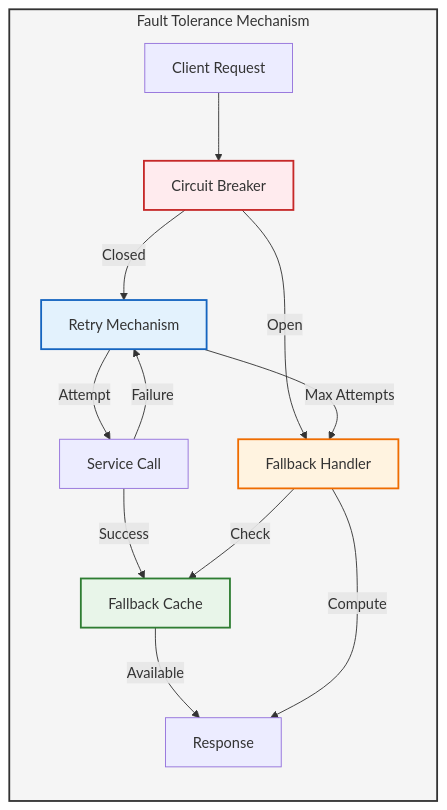
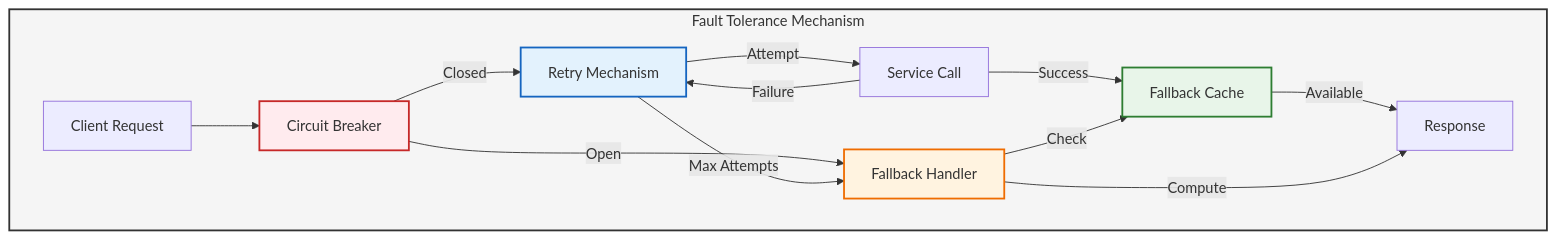
Diagram 12 of 16 in README.md (nshkrdotcom/EADS), drawn with Mermaid before and after one commit.

Commit message:
add diags to readme

````diff
--- a/README.md
+++ b/README.md
@@ -685,28 +685,28 @@
 ```mermaid
-graph LR
+graph TD
     subgraph FaultTolerance["Fault Tolerance Mechanism"]
         Request[Client Request]
         CB[Circuit Breaker]
         Retry[Retry Mechanism]
         Service[Service Call]
         Cache[Fallback Cache]
         Fallback[Fallback Handler]
         
         Request --> CB
         CB -->|Open| Fallback
         CB -->|Closed| Retry
         Retry -->|Attempt| Service
         Service -->|Success| Cache
         Service -->|Failure| Retry
         Retry -->|Max Attempts| Fallback
         Fallback -->|Check| Cache
         Cache -->|Available| Response
         Fallback -->|Compute| Response
     end
 
     style FaultTolerance fill:#f5f5f5,stroke:#333,stroke-width:2px
     style CB fill:#ffebee,stroke:#c62828,stroke-width:2px
     style Retry fill:#e3f2fd,stroke:#1565c0,stroke-width:2px
     style Cache fill:#e8f5e9,stroke:#2e7d32,stroke-width:2px
     style Fallback fill:#fff3e0,stroke:#ef6c00,stroke-width:2px
 ```
````
